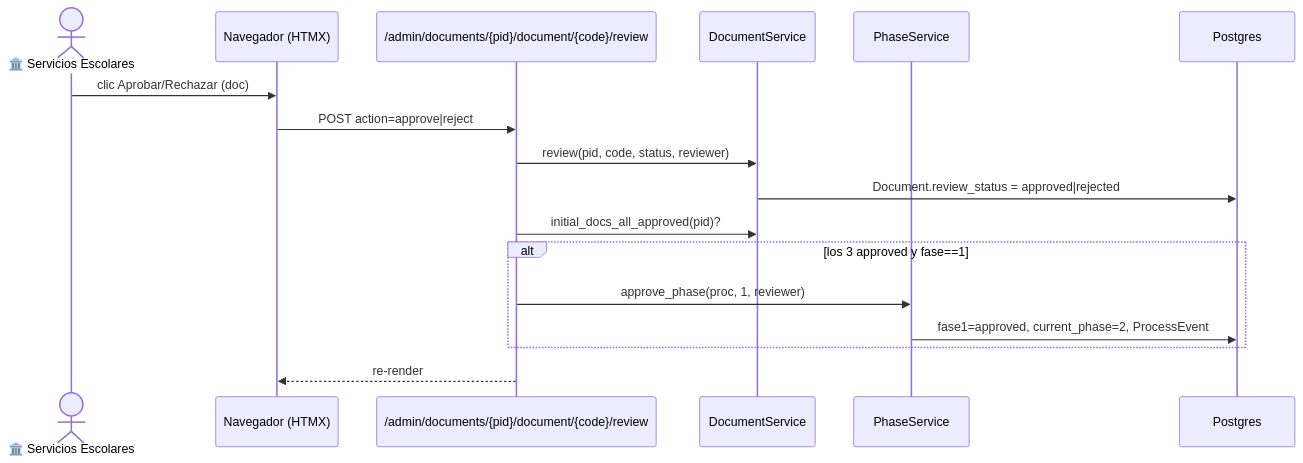
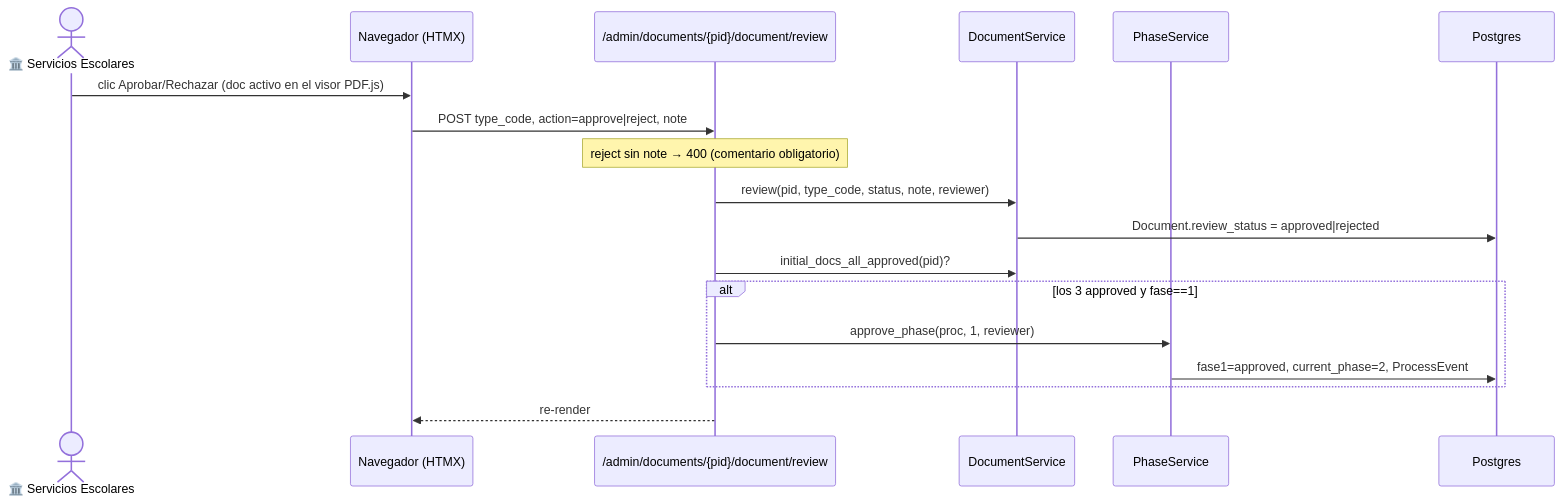
One commit to Erne1357/itcj changed the diagram in itcj2/apps/titulatec/docs/flows/phase1_school_services_review_docs.md. Above: the diagram before and after it, drawn with Mermaid. The commit also changed other lines of this file and 23 other files, not shown here.

````diff
--- a/itcj2/apps/titulatec/docs/flows/phase1_school_services_review_docs.md
+++ b/itcj2/apps/titulatec/docs/flows/phase1_school_services_review_docs.md
@@ -25,19 +25,20 @@
 ```mermaid
 sequenceDiagram
     actor SE as 🏛️ Servicios Escolares
     participant FE as Navegador (HTMX)
-    participant API as /admin/documents/{pid}/document/{code}/review
+    participant API as /admin/documents/{pid}/document/review
     participant DS as DocumentService
     participant PS as PhaseService
     participant DB as Postgres
-    SE->>FE: clic Aprobar/Rechazar (doc)
-    FE->>API: POST action=approve|reject
-    API->>DS: review(pid, code, status, reviewer)
+    SE->>FE: clic Aprobar/Rechazar (doc activo en el visor PDF.js)
+    FE->>API: POST type_code, action=approve|reject, note
+    Note over API: reject sin note → 400 (comentario obligatorio)
+    API->>DS: review(pid, type_code, status, note, reviewer)
     DS->>DB: Document.review_status = approved|rejected
     API->>DS: initial_docs_all_approved(pid)?
     alt los 3 approved y fase==1
         API->>PS: approve_phase(proc, 1, reviewer)
         PS->>DB: fase1=approved, current_phase=2, ProcessEvent
     end
     API-->>FE: re-render #docs-body
 ```
````
